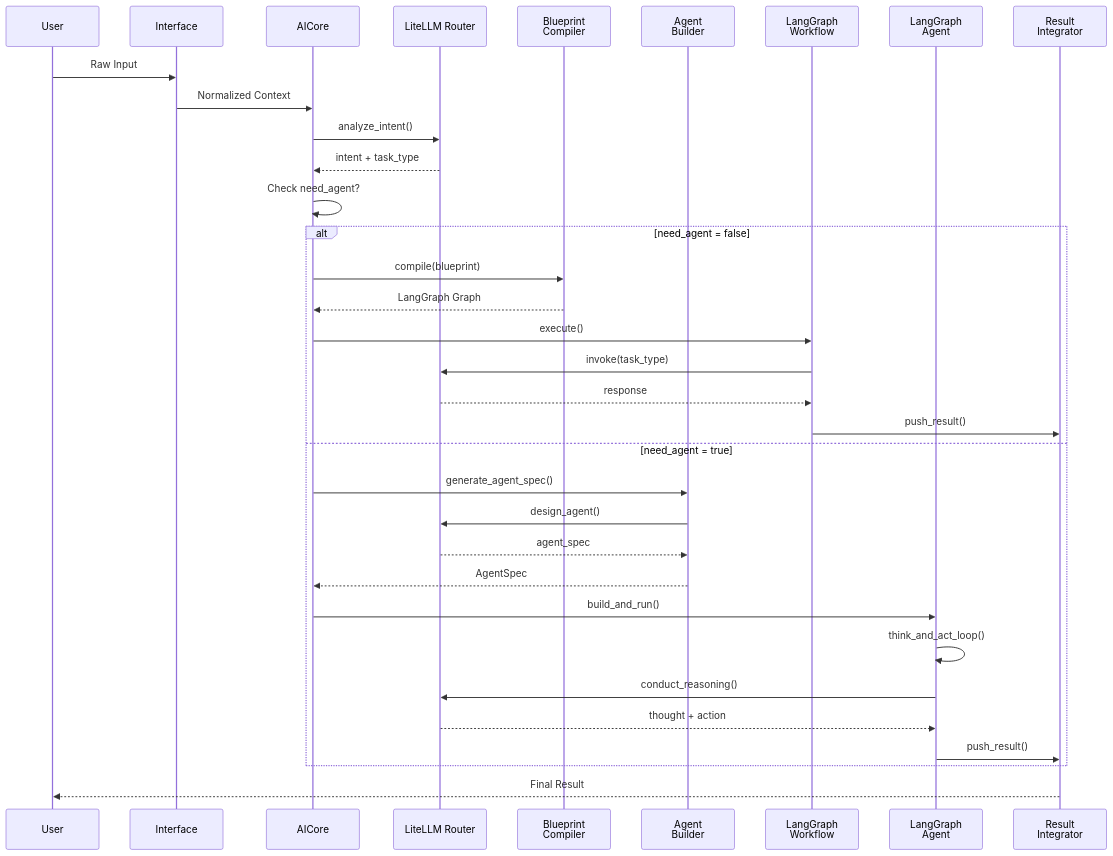
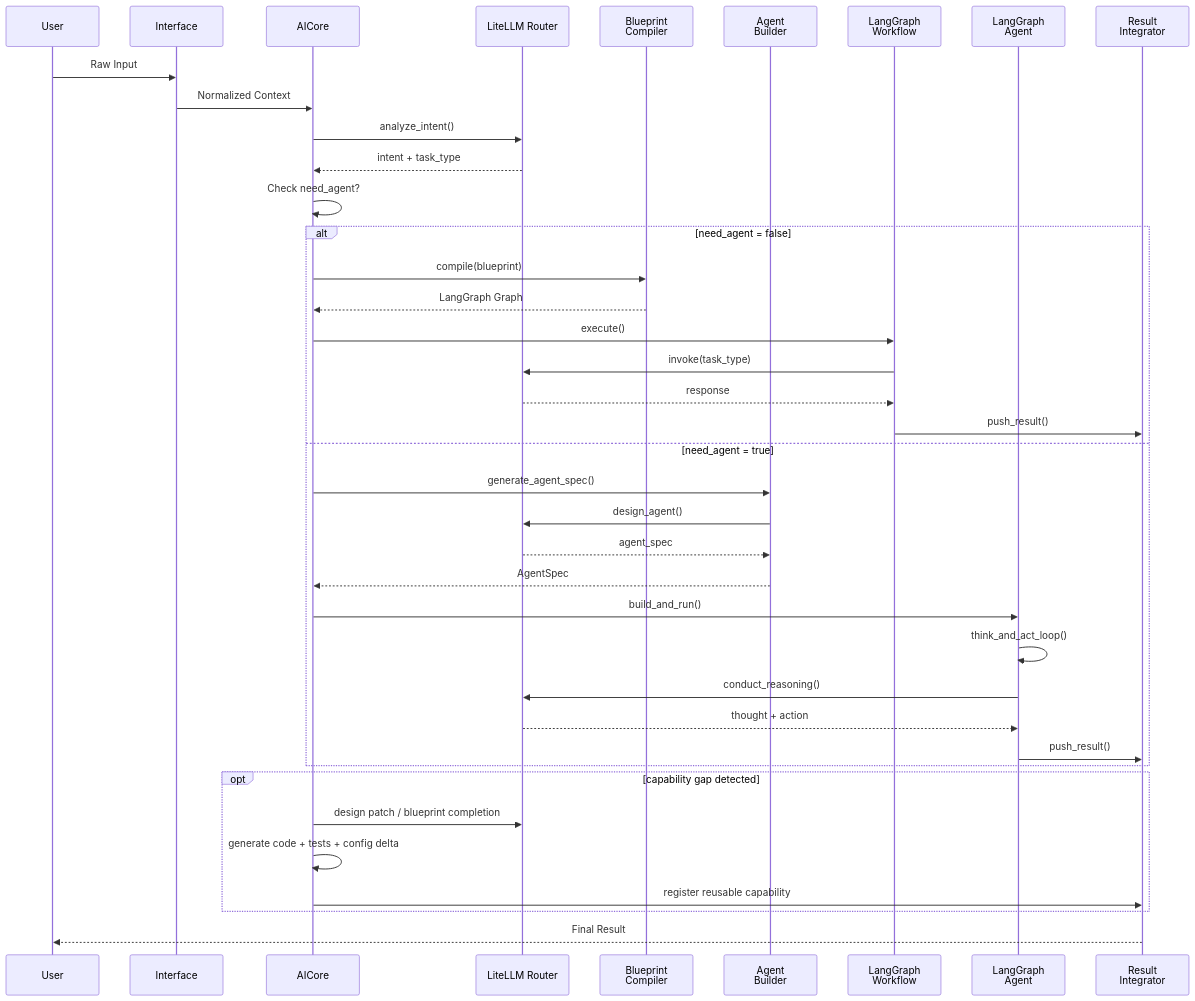
Before and after one commit to Azrael198202/nesthub: the second of 2 diagrams in docs/03_core/integration_guide.md, drawn with Mermaid. The commit also changed other lines of this file and 16 other files, not shown here.

````diff
--- a/docs/03_core/integration_guide.md
+++ b/docs/03_core/integration_guide.md
@@ -67,41 +71,47 @@
 ```mermaid
 sequenceDiagram
     participant User
     participant Interface
     participant AICore
     participant LiteLLM as LiteLLM Router
     participant Compiler as Blueprint<br/>Compiler
     participant Builder as Agent<br/>Builder
     participant LG_WF as LangGraph<br/>Workflow
     participant LG_Agent as LangGraph<br/>Agent
     participant Integrator as Result<br/>Integrator
     
     User->>Interface: Raw Input
     Interface->>AICore: Normalized Context
     
     AICore->>LiteLLM: analyze_intent()
     LiteLLM-->>AICore: intent + task_type
     
     AICore->>AICore: Check need_agent?
     
     alt need_agent = false
         AICore->>Compiler: compile(blueprint)
         Compiler-->>AICore: LangGraph Graph
         AICore->>LG_WF: execute()
         LG_WF->>LiteLLM: invoke(task_type)
         LiteLLM-->>LG_WF: response
         LG_WF->>Integrator: push_result()
     else need_agent = true
         AICore->>Builder: generate_agent_spec()
         Builder->>LiteLLM: design_agent()
         LiteLLM-->>Builder: agent_spec
         Builder-->>AICore: AgentSpec
         AICore->>LG_Agent: build_and_run()
         LG_Agent->>LG_Agent: think_and_act_loop()
         LG_Agent->>LiteLLM: conduct_reasoning()
         LiteLLM-->>LG_Agent: thought + action
         LG_Agent->>Integrator: push_result()
     end
+
+    opt capability gap detected
+        AICore->>LiteLLM: design patch / blueprint completion
+        AICore->>AICore: generate code + tests + config delta
+        AICore->>Integrator: register reusable capability
+    end
     
     Integrator-->>User: Final Result
 ```
````
